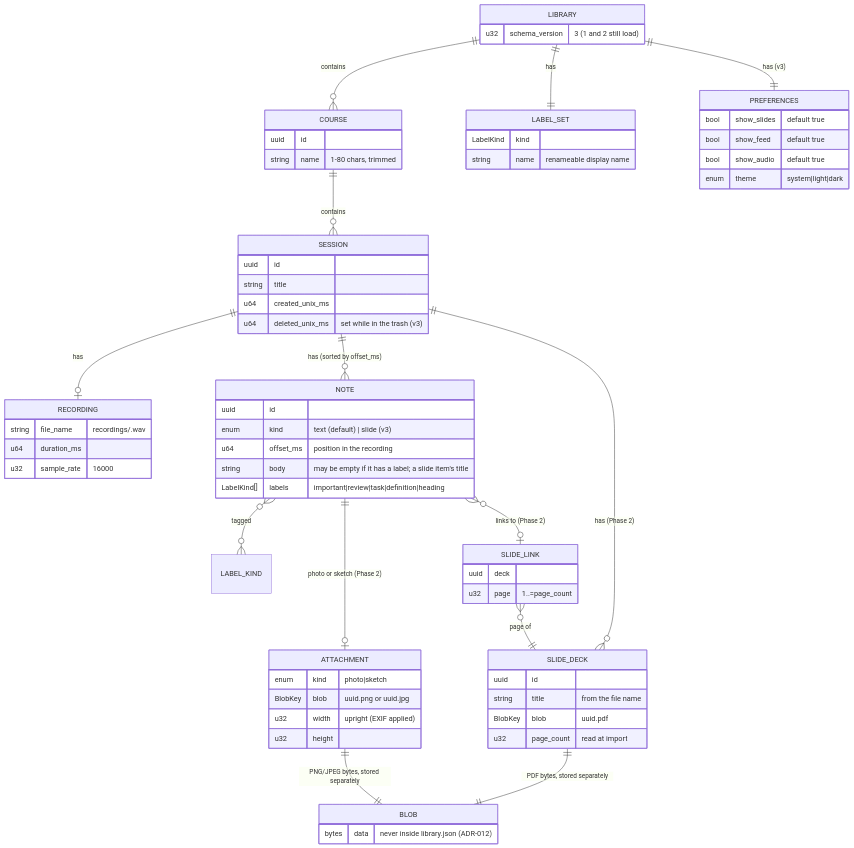
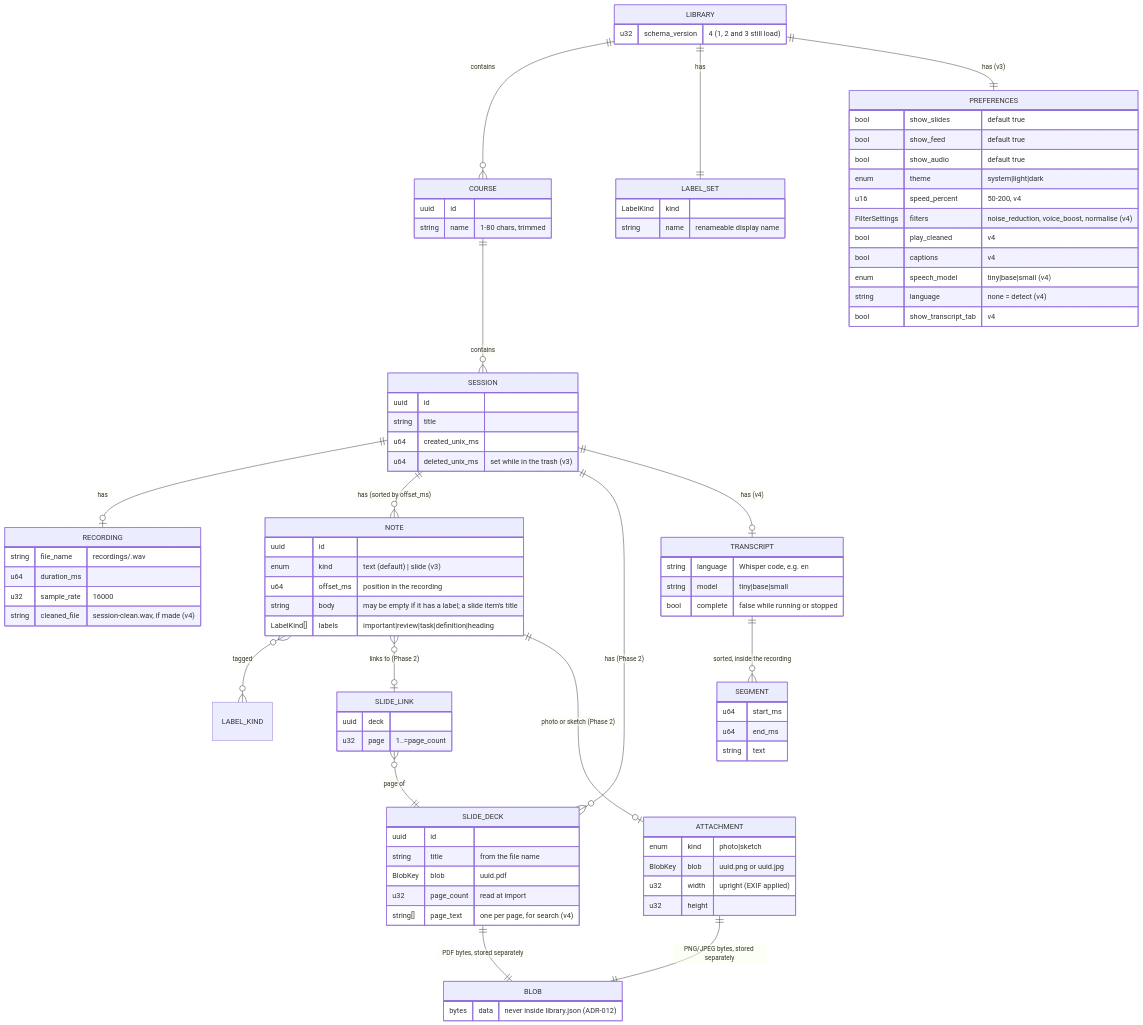
One commit to mehmetefeozdemir/lectio changed the second of 14 diagrams in docs/ARCHITECTURE.md. Above: the diagram before and after it, drawn with Mermaid. The commit also changed other lines of this file and 84 other files, not shown here.

Commit message:
Offline transcription, live captions, search, speed and audio filters, system audio

```diff
--- a/docs/ARCHITECTURE.md
+++ b/docs/ARCHITECTURE.md
@@ -122,21 +140,41 @@
   SLIDE_LINK }o--|| SLIDE_DECK : "page of"
   NOTE ||--o| ATTACHMENT : "photo or sketch (Phase 2)"
   SLIDE_DECK ||--|| BLOB : "PDF bytes, stored separately"
+  SESSION ||--o| TRANSCRIPT : "has (v4)"
+  TRANSCRIPT ||--o{ SEGMENT : "sorted, inside the recording"
   ATTACHMENT ||--|| BLOB : "PNG/JPEG bytes, stored separately"
   LIBRARY {
-    u32 schema_version "3 (1 and 2 still load)"
+    u32 schema_version "4 (1, 2 and 3 still load)"
+  }
+  TRANSCRIPT {
+    string language "Whisper code, e.g. en"
+    string model "tiny|base|small"
+    bool complete "false while running or stopped"
+  }
+  SEGMENT {
+    u64 start_ms
+    u64 end_ms
+    string text
   }
   PREFERENCES {
     bool show_slides "default true"
     bool show_feed "default true"
     bool show_audio "default true"
     enum theme "system|light|dark"
+    u16 speed_percent "50-200, v4"
+    FilterSettings filters "noise_reduction, voice_boost, normalise (v4)"
+    bool play_cleaned "v4"
+    bool captions "v4"
+    enum speech_model "tiny|base|small (v4)"
+    string language "none = detect (v4)"
+    bool show_transcript_tab "v4"
   }
   SLIDE_DECK {
     uuid id
     string title "from the file name"
     BlobKey blob "uuid.pdf"
     u32 page_count "read at import"
+    string[] page_text "one per page, for search (v4)"
   }
   SLIDE_LINK {
     uuid deck
@@ -165,6 +203,7 @@
     string file_name "recordings/<session-id>.wav"
     u64 duration_ms
     u32 sample_rate "16000"
+    string cleaned_file "session-clean.wav, if made (v4)"
   }
   NOTE {
     uuid id
```
